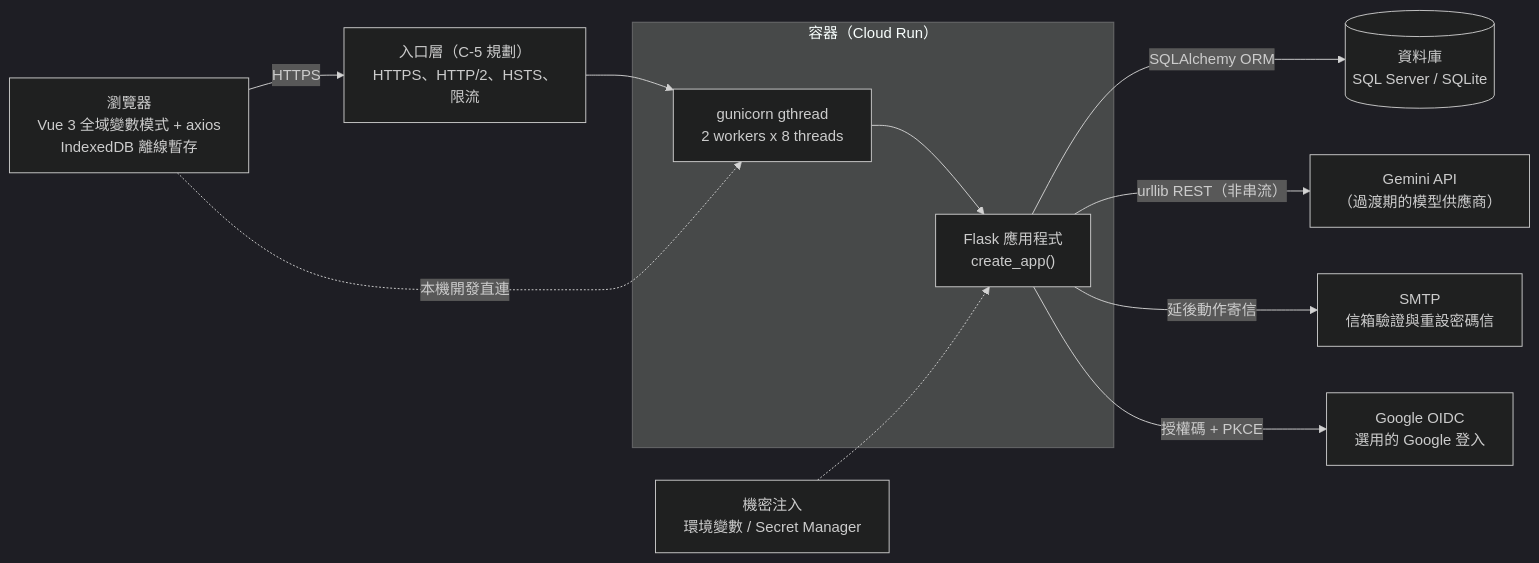
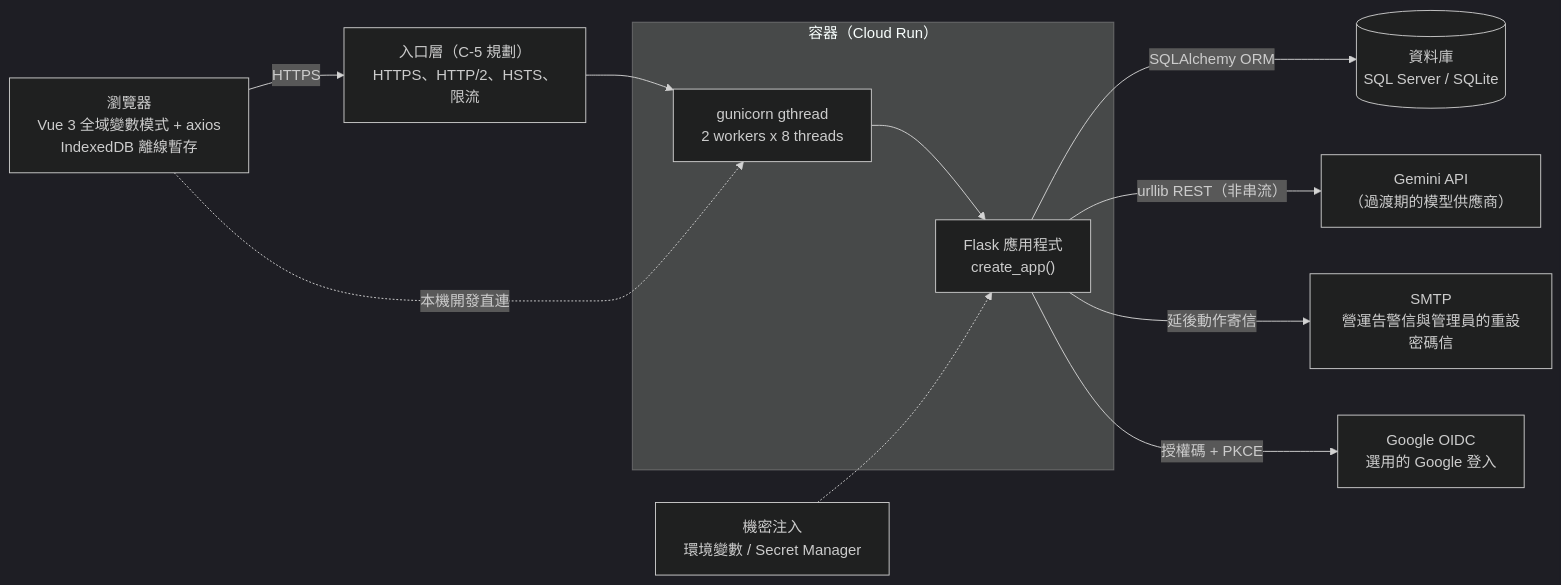
The first of 4 diagrams in docs/系統架構-architecture.md (pp466pp466/R.A.C), drawn with Mermaid (dark theme) before and after one commit. The commit also changed other lines of this file and 110 other files, not shown here.

````diff
--- a/docs/系統架構-architecture.md
+++ b/docs/系統架構-architecture.md
@@ -10,22 +10,22 @@
 ```mermaid
 flowchart LR
     Browser["瀏覽器<br/>Vue 3 全域變數模式 + axios<br/>IndexedDB 離線暫存"]
     Edge["入口層（C-5 規劃）<br/>HTTPS、HTTP/2、HSTS、限流"]
     subgraph Container["容器（Cloud Run）"]
         Gunicorn["gunicorn gthread<br/>2 workers x 8 threads"]
         Flask["Flask 應用程式<br/>create_app()"]
     end
     DB[("資料庫<br/>SQL Server / SQLite")]
     Gemini["Gemini API<br/>（過渡期的模型供應商）"]
-    Smtp["SMTP<br/>信箱驗證與重設密碼信"]
+    Smtp["SMTP<br/>營運告警信與管理員的重設密碼信"]
     Google["Google OIDC<br/>選用的 Google 登入"]
     Secrets["機密注入<br/>環境變數 / Secret Manager"]
 
     Browser -->|"HTTPS"| Edge --> Gunicorn --> Flask
     Browser -.->|"本機開發直連"| Gunicorn
     Flask -->|"SQLAlchemy ORM"| DB
     Flask -->|"urllib REST（非串流）"| Gemini
     Flask -->|"延後動作寄信"| Smtp
     Flask -->|"授權碼 + PKCE"| Google
     Secrets -.-> Flask
 ```
````
